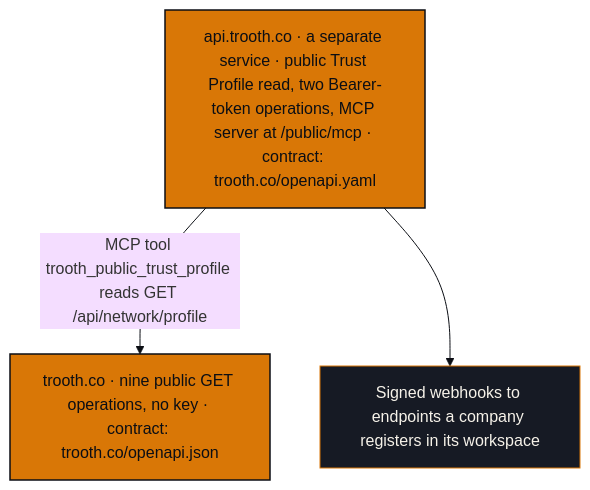
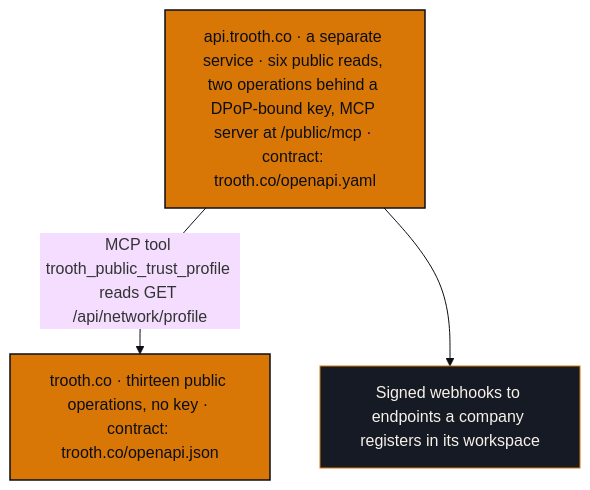
The diagram in docs/ARCHITECTURE.md (troothllc/trooth-openapi), drawn with Mermaid before and after one commit. The commit also changed other lines of this file and 6 other files, not shown here.

````diff
--- a/docs/ARCHITECTURE.md
+++ b/docs/ARCHITECTURE.md
@@ -8,11 +8,11 @@
 ```mermaid
 %%{init: {'theme':'base','themeVariables':{'fontFamily':'IBM Plex Mono, monospace','clusterBkg':'#f6f2e9','clusterBorder':'#0b0e14','titleColor':'#0b0e14','textColor':'#0b0e14','lineColor':'#0b0e14'}}}%%
 flowchart TB
-  WEB["trooth.co · nine public GET operations, no key · contract: trooth.co/openapi.json"]:::api
-  API["api.trooth.co · a separate service · public Trust Profile read, two Bearer-token operations, MCP server at /public/mcp · contract: trooth.co/openapi.yaml"]:::api
+  WEB["trooth.co · thirteen public operations, no key · contract: trooth.co/openapi.json"]:::api
+  API["api.trooth.co · a separate service · six public reads, two operations behind a DPoP-bound key, MCP server at /public/mcp · contract: trooth.co/openapi.yaml"]:::api
   API -- "MCP tool trooth_public_trust_profile reads GET /api/network/profile" --> WEB
   API --> HOOK["Signed webhooks to endpoints a company registers in its workspace"]:::dark
 
   classDef api fill:#d97706,stroke:#0b0e14,stroke-width:1.5px,color:#0b0e14;
   classDef dark fill:#161a24,stroke:#d97706,color:#f6f2e9;
 ```
````
